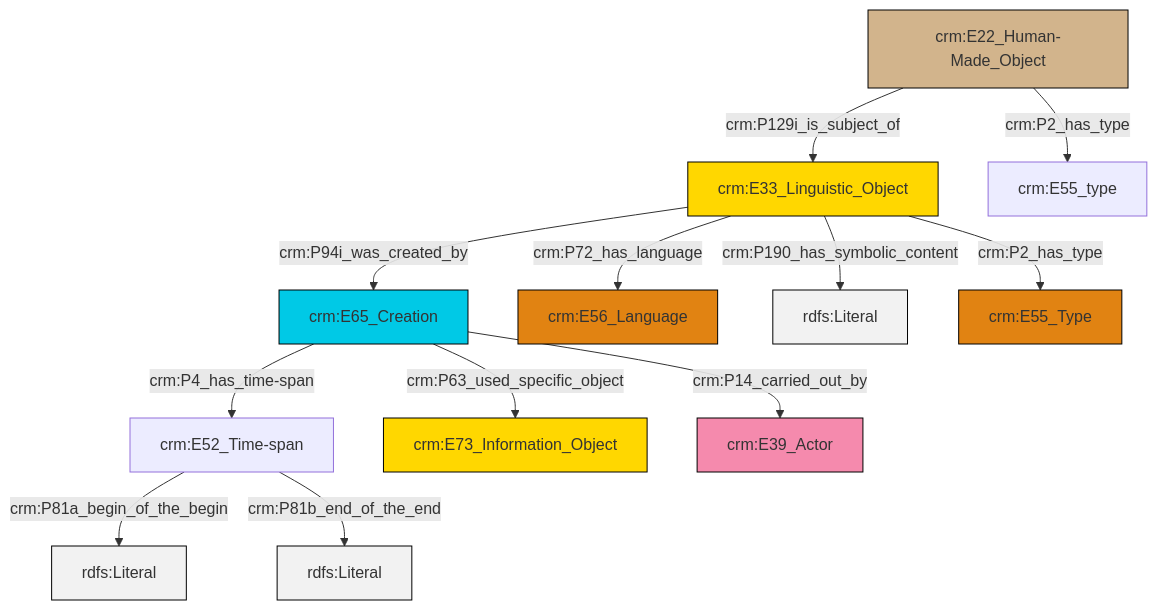
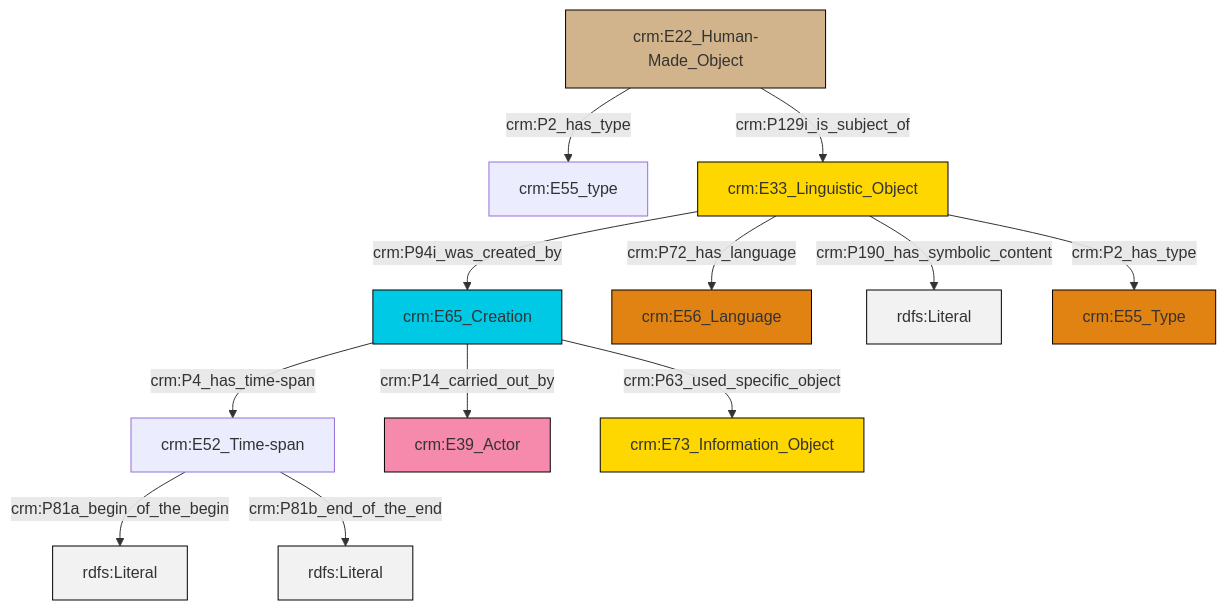
The diagram in et/builtWorkCSV/ttl/mmd/Built_Work_description.ttl.mmd (swiss-art-research-net/docs.swissartresearch), drawn with Mermaid before and after one commit. The commit also changed 172 other files, not shown here.

```diff
--- a/et/builtWorkCSV/ttl/mmd/Built_Work_description.ttl.mmd
+++ b/et/builtWorkCSV/ttl/mmd/Built_Work_description.ttl.mmd
@@ -1,26 +1,26 @@
 graph TD
 classDef Literal fill:#f2f2f2,stroke:#000000;
 classDef CRM_Entity fill:#FFFFFF,stroke:#000000;
 classDef Temporal_Entity fill:#00C9E6, stroke:#000000;
 classDef Type fill:#E18312, stroke:#000000;
 classDef Time-Span fill:#2C9C91, stroke:#000000;
 classDef Appellation fill:#FFEB7F, stroke:#000000;
 classDef Place fill:#008836, stroke:#000000;
 classDef Persistent_Item fill:#B266B2, stroke:#000000;
 classDef Conceptual_Object fill:#FFD700, stroke:#000000;
 classDef Physical_Thing fill:#D2B48C, stroke:#000000;
 classDef Actor fill:#f58aad, stroke:#000000;
 classDef PC_Classes fill:#4ce600, stroke:#000000;
 classDef Multi fill:#cccccc,stroke:#000000;
 
-2["crm:E22_Human-Made_Object"]:::Physical_Thing -->|crm:P129i_is_subject_of| 3["crm:E33_Linguistic_Object"]:::Conceptual_Object
-3["crm:E33_Linguistic_Object"]:::Conceptual_Object -->|crm:P72_has_language| 4["crm:E56_Language"]:::Type
-3["crm:E33_Linguistic_Object"]:::Conceptual_Object -->|crm:P94i_was_created_by| 0["crm:E65_Creation"]:::Temporal_Entity
-0["crm:E65_Creation"]:::Temporal_Entity -->|crm:P63_used_specific_object| 9["crm:E73_Information_Object"]:::Conceptual_Object
-3["crm:E33_Linguistic_Object"]:::Conceptual_Object -->|crm:P190_has_symbolic_content| 10[rdfs:Literal]:::Literal
-0["crm:E65_Creation"]:::Temporal_Entity -->|crm:P14_carried_out_by| 11["crm:E39_Actor"]:::Actor
-2["crm:E22_Human-Made_Object"]:::Physical_Thing -->|crm:P2_has_type| 12["crm:E55_type"]:::Default
-3["crm:E33_Linguistic_Object"]:::Conceptual_Object -->|crm:P2_has_type| 13["crm:E55_Type"]:::Type
-6["crm:E52_Time-span"]:::Default -->|crm:P81a_begin_of_the_begin| 16[rdfs:Literal]:::Literal
-6["crm:E52_Time-span"]:::Default -->|crm:P81b_end_of_the_end| 20[rdfs:Literal]:::Literal
-0["crm:E65_Creation"]:::Temporal_Entity -->|crm:P4_has_time-span| 6["crm:E52_Time-span"]:::Default
+0["crm:E52_Time-span"]:::Default -->|crm:P81a_begin_of_the_begin| 1[rdfs:Literal]:::Literal
+8["crm:E65_Creation"]:::Temporal_Entity -->|crm:P4_has_time-span| 0["crm:E52_Time-span"]:::Default
+11["crm:E22_Human-Made_Object"]:::Physical_Thing -->|crm:P129i_is_subject_of| 12["crm:E33_Linguistic_Object"]:::Conceptual_Object
+12["crm:E33_Linguistic_Object"]:::Conceptual_Object -->|crm:P72_has_language| 13["crm:E56_Language"]:::Type
+11["crm:E22_Human-Made_Object"]:::Physical_Thing -->|crm:P2_has_type| 4["crm:E55_type"]:::Default
+0["crm:E52_Time-span"]:::Default -->|crm:P81b_end_of_the_end| 14[rdfs:Literal]:::Literal
+8["crm:E65_Creation"]:::Temporal_Entity -->|crm:P63_used_specific_object| 6["crm:E73_Information_Object"]:::Conceptual_Object
+12["crm:E33_Linguistic_Object"]:::Conceptual_Object -->|crm:P190_has_symbolic_content| 16[rdfs:Literal]:::Literal
+12["crm:E33_Linguistic_Object"]:::Conceptual_Object -->|crm:P2_has_type| 17["crm:E55_Type"]:::Type
+12["crm:E33_Linguistic_Object"]:::Conceptual_Object -->|crm:P94i_was_created_by| 8["crm:E65_Creation"]:::Temporal_Entity
+8["crm:E65_Creation"]:::Temporal_Entity -->|crm:P14_carried_out_by| 2["crm:E39_Actor"]:::Actor
```
